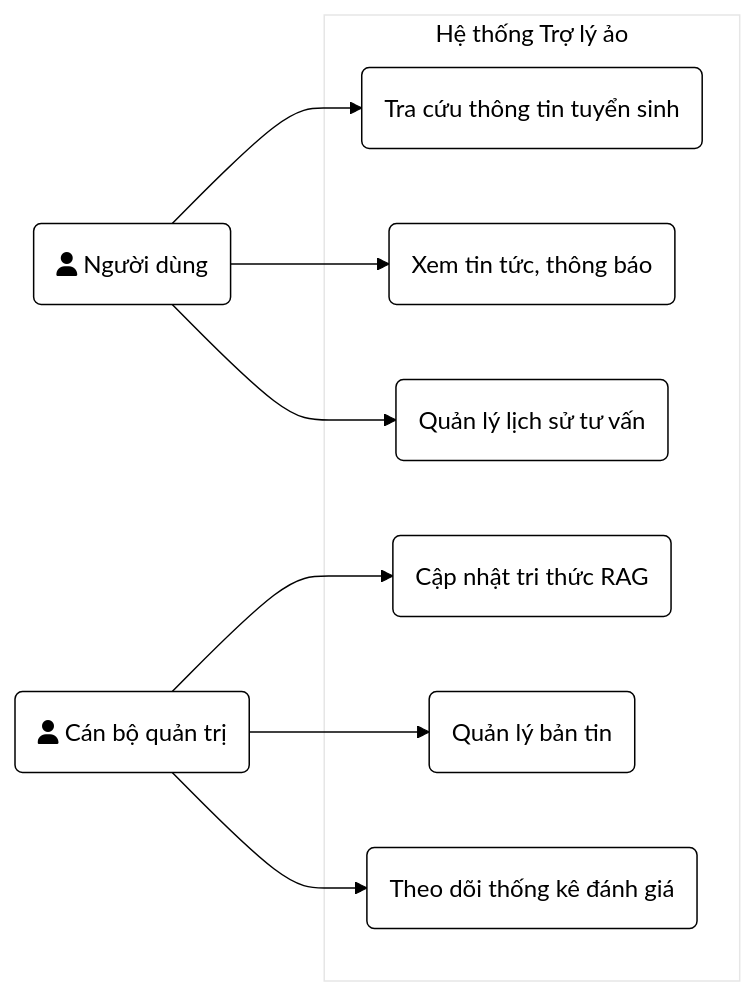
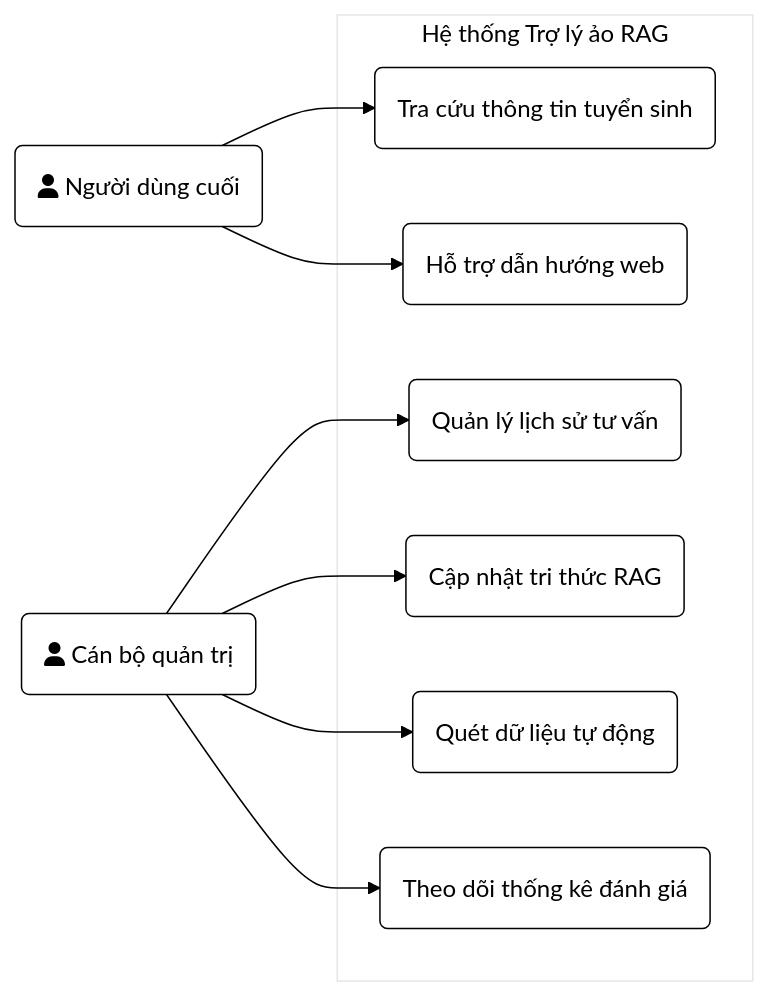
One commit to tranhongs0n/DATN changed the first of 5 diagrams in thesis/Document_Planing/Content/2_Chuong2.md. Above: the diagram before and after it, drawn with Mermaid. The commit also changed other lines of this file and 60 other files, not shown here.

````diff
--- a/thesis/Document_Planing/Content/2_Chuong2.md
+++ b/thesis/Document_Planing/Content/2_Chuong2.md
@@ -13,24 +28,24 @@
 ```mermaid
 %%{init: {'theme': 'base', 'themeVariables': { 'primaryColor': '#ffffff', 'primaryBorderColor': '#000000', 'primaryTextColor': '#000000', 'lineColor': '#000000', 'background': '#ffffff'}}}%%
 flowchart LR
-    actorUser(fa:fa-user Người dùng)
+    actorUser(fa:fa-user Người dùng cuối)
     actorAdmin(fa:fa-user Cán bộ quản trị)
 
-    subgraph System [Hệ thống Trợ lý ảo]
+    subgraph System [Hệ thống Trợ lý ảo RAG]
         UC1(Tra cứu thông tin tuyển sinh)
-        UC2(Xem tin tức, thông báo)
+        UC2(Hỗ trợ dẫn hướng web)
         UC3(Quản lý lịch sử tư vấn)
         
         UC4(Cập nhật tri thức RAG)
-        UC5(Quản lý bản tin)
+        UC5(Quét dữ liệu tự động)
         UC6(Theo dõi thống kê đánh giá)
     end
 
     actorUser --> UC1
     actorUser --> UC2
-    actorUser --> UC3
 
+    actorAdmin --> UC3
     actorAdmin --> UC4
     actorAdmin --> UC5
     actorAdmin --> UC6
 ```
````
